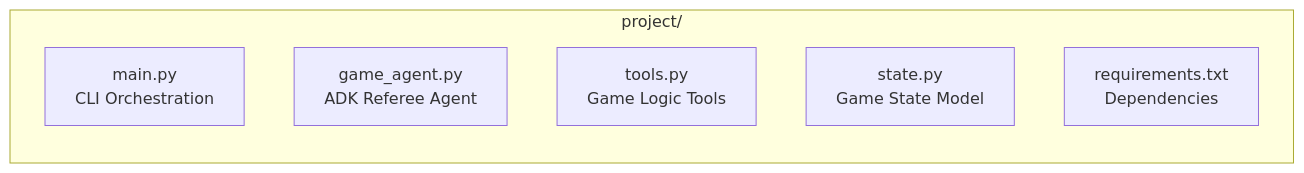
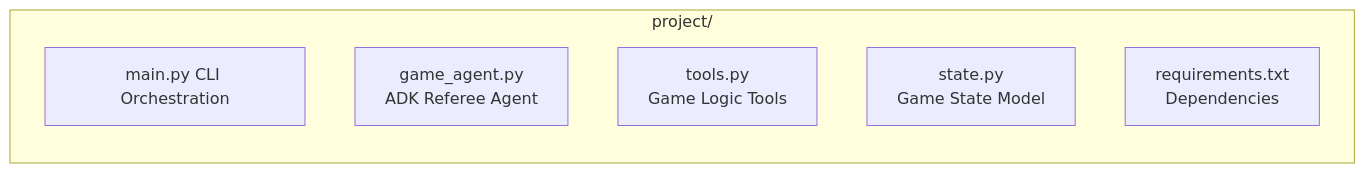
The second of 3 diagrams in readme.md (Rahullll101/Rock-Paper-Scissors-Plus-game), drawn with Mermaid before and after one commit.

````diff
--- a/readme.md
+++ b/readme.md
@@ -32,10 +32,10 @@
 ```mermaid
 flowchart LR
     subgraph ProjectRoot [project/]
-        mainpy[main.py\nCLI Orchestration]
+        mainpy[main.py CLI Orchestration]
         agentpy[game_agent.py\nADK Referee Agent]
         toolspy[tools.py\nGame Logic Tools]
         statepy[state.py\nGame State Model]
         reqs[requirements.txt\nDependencies]
     end
 ```
````
